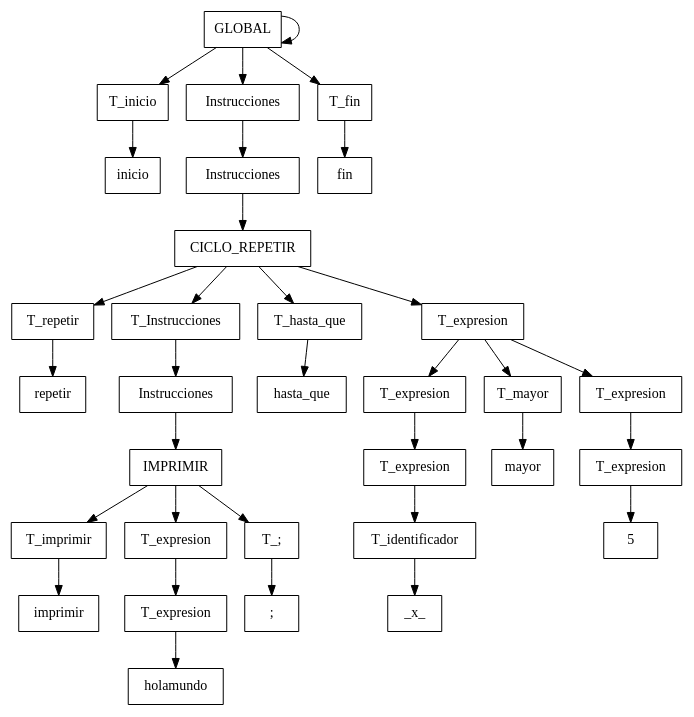
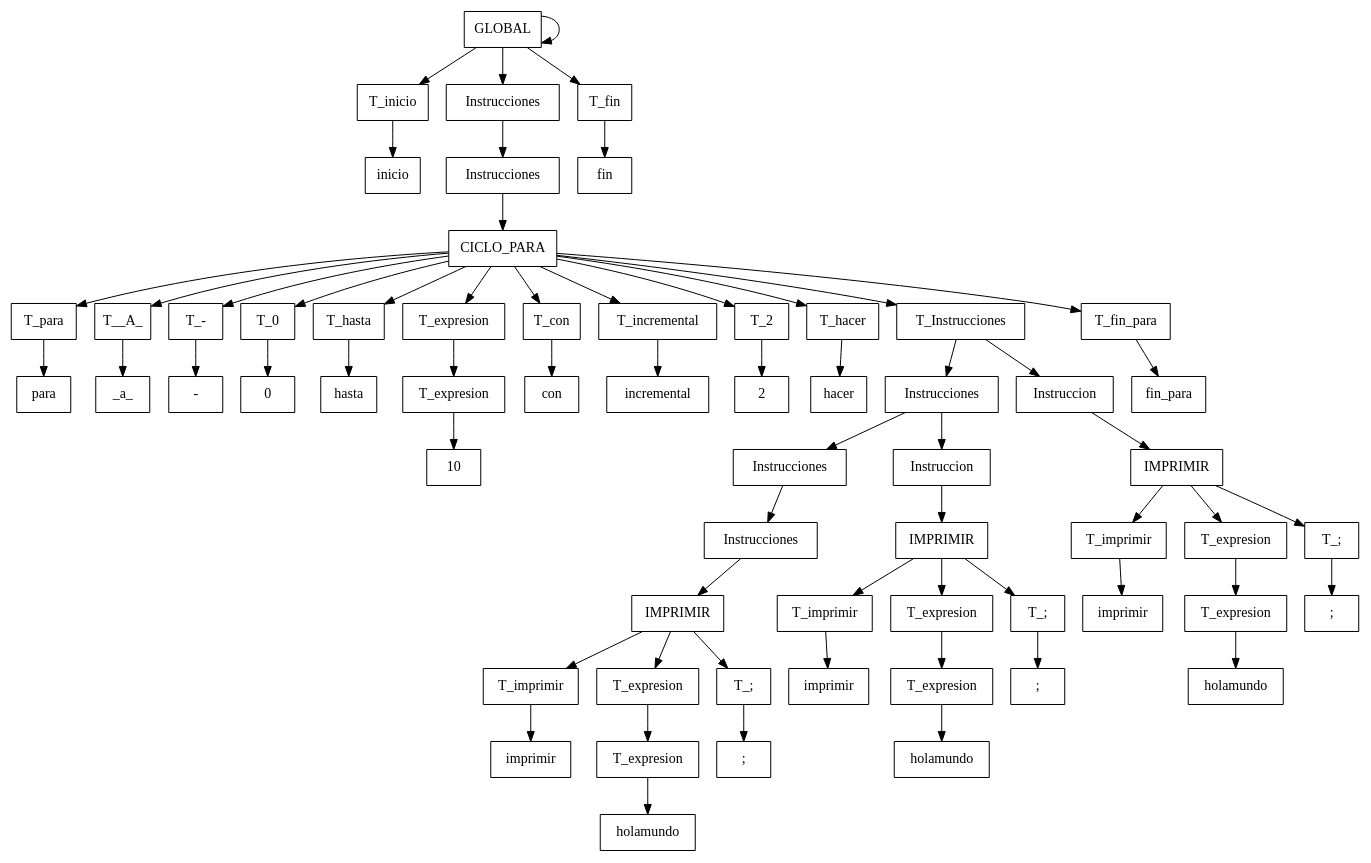
Before and after one commit to Pdante1897/OLC1-201700945: the diagram in build/classes/Files/archivo.dot, drawn with Graphviz. The commit also changed 23 other files, not shown here.

```diff
--- a/build/classes/Files/archivo.dot
+++ b/build/classes/Files/archivo.dot
@@ -1,36 +1,65 @@
 digraph G{
 node[shape="box" shape="record"]
 nodo0[label ="GLOBAL"]; nodo0->nodo0;
 nodo1[label ="T_inicio"]; nodo0->nodo1;
 nodo2[label ="inicio"]; nodo1->nodo2;
 nodo3[label ="Instrucciones"]; nodo0->nodo3;
 nodo4[label ="Instrucciones"]; nodo3->nodo4;
-nodo5[label ="CICLO_REPETIR"]; nodo4->nodo5;
-nodo6[label ="T_repetir"]; nodo5->nodo6;
-nodo7[label ="repetir"]; nodo6->nodo7;
-nodo8[label ="T_Instrucciones"]; nodo5->nodo8;
-nodo9[label ="Instrucciones"]; nodo8->nodo9;
-nodo10[label ="IMPRIMIR"]; nodo9->nodo10;
-nodo11[label ="T_imprimir"]; nodo10->nodo11;
-nodo12[label ="imprimir"]; nodo11->nodo12;
-nodo13[label ="T_expresion"]; nodo10->nodo13;
-nodo14[label ="T_expresion"]; nodo13->nodo14;
-nodo15[label ="holamundo"]; nodo14->nodo15;
-nodo16[label ="T_;"]; nodo10->nodo16;
-nodo17[label =";"]; nodo16->nodo17;
-nodo18[label ="T_hasta_que"]; nodo5->nodo18;
-nodo19[label ="hasta_que"]; nodo18->nodo19;
-nodo20[label ="T_expresion"]; nodo5->nodo20;
-nodo21[label ="T_expresion"]; nodo20->nodo21;
-nodo22[label ="T_expresion"]; nodo21->nodo22;
-nodo23[label ="T_identificador"]; nodo22->nodo23;
-nodo24[label ="_x_"]; nodo23->nodo24;
-nodo25[label ="T_mayor"]; nodo20->nodo25;
-nodo26[label ="mayor"]; nodo25->nodo26;
-nodo27[label ="T_expresion"]; nodo20->nodo27;
-nodo28[label ="T_expresion"]; nodo27->nodo28;
-nodo29[label ="5"]; nodo28->nodo29;
-nodo30[label ="T_fin"]; nodo0->nodo30;
-nodo31[label ="fin"]; nodo30->nodo31;
+nodo5[label ="CICLO_PARA"]; nodo4->nodo5;
+nodo6[label ="T_para"]; nodo5->nodo6;
+nodo7[label ="para"]; nodo6->nodo7;
+nodo8[label ="T__A_"]; nodo5->nodo8;
+nodo9[label ="_a_"]; nodo8->nodo9;
+nodo10[label ="T_-"]; nodo5->nodo10;
+nodo11[label ="-"]; nodo10->nodo11;
+nodo12[label ="T_0"]; nodo5->nodo12;
+nodo13[label ="0"]; nodo12->nodo13;
+nodo14[label ="T_hasta"]; nodo5->nodo14;
+nodo15[label ="hasta"]; nodo14->nodo15;
+nodo16[label ="T_expresion"]; nodo5->nodo16;
+nodo17[label ="T_expresion"]; nodo16->nodo17;
+nodo18[label ="10"]; nodo17->nodo18;
+nodo19[label ="T_con"]; nodo5->nodo19;
+nodo20[label ="con"]; nodo19->nodo20;
+nodo21[label ="T_incremental"]; nodo5->nodo21;
+nodo22[label ="incremental"]; nodo21->nodo22;
+nodo23[label ="T_2"]; nodo5->nodo23;
+nodo24[label ="2"]; nodo23->nodo24;
+nodo25[label ="T_hacer"]; nodo5->nodo25;
+nodo26[label ="hacer"]; nodo25->nodo26;
+nodo27[label ="T_Instrucciones"]; nodo5->nodo27;
+nodo28[label ="Instrucciones"]; nodo27->nodo28;
+nodo29[label ="Instrucciones"]; nodo28->nodo29;
+nodo30[label ="Instrucciones"]; nodo29->nodo30;
+nodo31[label ="IMPRIMIR"]; nodo30->nodo31;
+nodo32[label ="T_imprimir"]; nodo31->nodo32;
+nodo33[label ="imprimir"]; nodo32->nodo33;
+nodo34[label ="T_expresion"]; nodo31->nodo34;
+nodo35[label ="T_expresion"]; nodo34->nodo35;
+nodo36[label ="holamundo"]; nodo35->nodo36;
+nodo37[label ="T_;"]; nodo31->nodo37;
+nodo38[label =";"]; nodo37->nodo38;
+nodo39[label ="Instruccion"]; nodo28->nodo39;
+nodo40[label ="IMPRIMIR"]; nodo39->nodo40;
+nodo41[label ="T_imprimir"]; nodo40->nodo41;
+nodo42[label ="imprimir"]; nodo41->nodo42;
+nodo43[label ="T_expresion"]; nodo40->nodo43;
+nodo44[label ="T_expresion"]; nodo43->nodo44;
+nodo45[label ="holamundo"]; nodo44->nodo45;
+nodo46[label ="T_;"]; nodo40->nodo46;
+nodo47[label =";"]; nodo46->nodo47;
+nodo48[label ="Instruccion"]; nodo27->nodo48;
+nodo49[label ="IMPRIMIR"]; nodo48->nodo49;
+nodo50[label ="T_imprimir"]; nodo49->nodo50;
+nodo51[label ="imprimir"]; nodo50->nodo51;
+nodo52[label ="T_expresion"]; nodo49->nodo52;
+nodo53[label ="T_expresion"]; nodo52->nodo53;
+nodo54[label ="holamundo"]; nodo53->nodo54;
+nodo55[label ="T_;"]; nodo49->nodo55;
+nodo56[label =";"]; nodo55->nodo56;
+nodo57[label ="T_fin_para"]; nodo5->nodo57;
+nodo58[label ="fin_para"]; nodo57->nodo58;
+nodo59[label ="T_fin"]; nodo0->nodo59;
+nodo60[label ="fin"]; nodo59->nodo60;
 
 }
```
